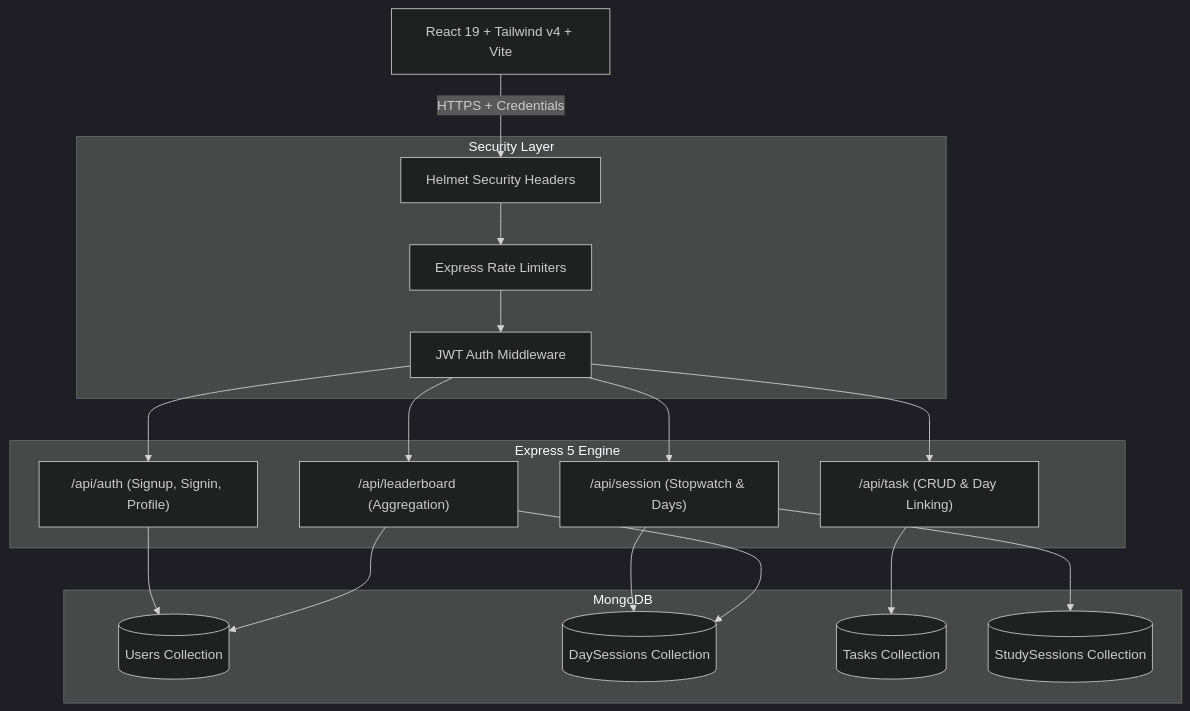
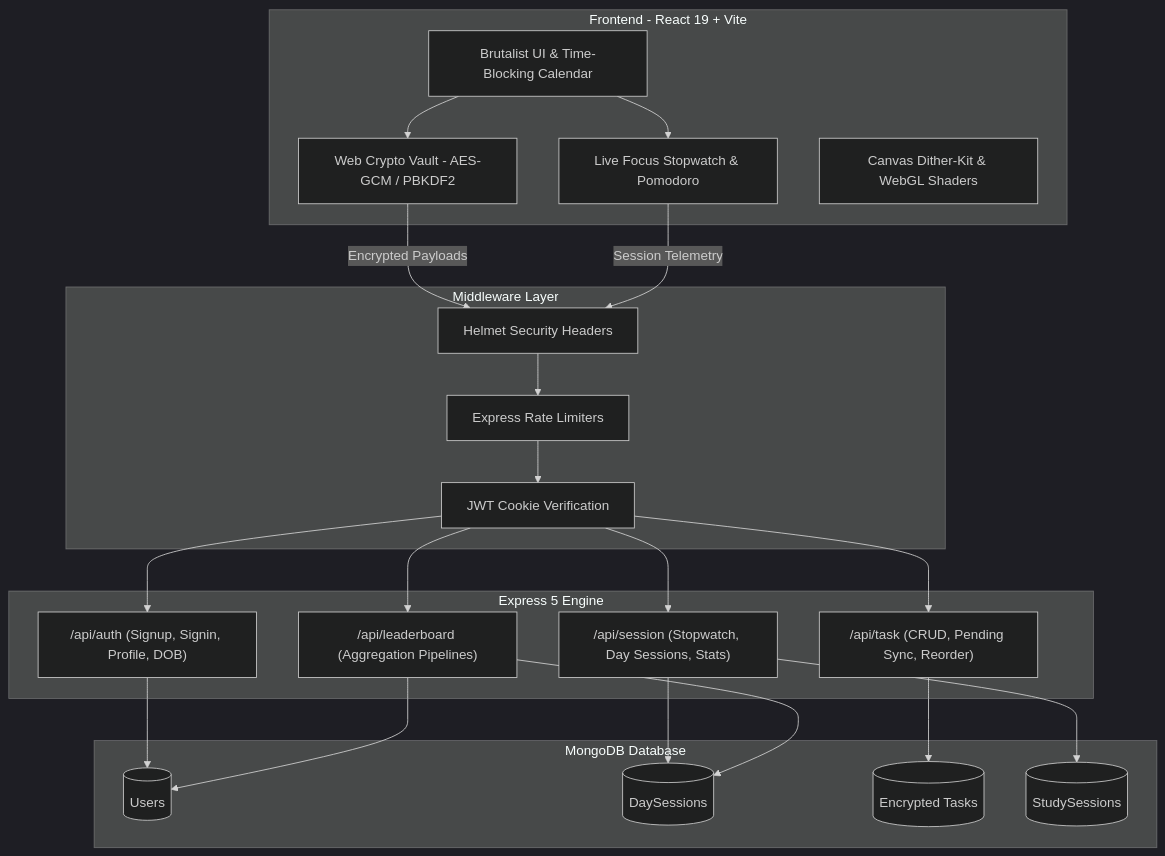
Before and after one commit to mailmeatdarshan/Parkin-son: the diagram in README.md, drawn with Mermaid (dark theme). The commit also changed other lines of this file, not shown here.

````diff
--- a/README.md
+++ b/README.md
@@ -53,39 +105,49 @@
 ```mermaid
 graph TD
-    Client[React 19 + Tailwind v4 + Vite]
-    
-    subgraph Security Layer
+    subgraph Client [Frontend - React 19 + Vite]
+        UI[Brutalist UI & Time-Blocking Calendar]
+        Vault[Web Crypto Vault - AES-GCM / PBKDF2]
+        Timer[Live Focus Stopwatch & Pomodoro]
+        Dither[Canvas Dither-Kit & WebGL Shaders]
+    end
+
+    subgraph Security [Middleware Layer]
         Helmet[Helmet Security Headers]
         RateLimit[Express Rate Limiters]
-        AuthMW[JWT Auth Middleware]
+        AuthMW[JWT Cookie Verification]
     end
 
-    subgraph Backend API [Express 5 Engine]
-        AuthRoutes["/api/auth (Signup, Signin, Profile)"]
-        TaskRoutes["/api/task (CRUD & Day Linking)"]
-        SessionRoutes["/api/session (Stopwatch & Days)"]
-        LeaderboardRoutes["/api/leaderboard (Aggregation)"]
+    subgraph API [Express 5 Engine]
+        AuthRoutes["/api/auth (Signup, Signin, Profile, DOB)"]
+        TaskRoutes["/api/task (CRUD, Pending Sync, Reorder)"]
+        SessionRoutes["/api/session (Stopwatch, Day Sessions, Stats)"]
+        LeaderboardRoutes["/api/leaderboard (Aggregation Pipelines)"]
     end
 
-    subgraph Database [MongoDB]
-        Users[(Users Collection)]
-        Days[(DaySessions Collection)]
-        Tasks[(Tasks Collection)]
-        Study[(StudySessions Collection)]
+    subgraph Storage [MongoDB Database]
+        Users[(Users)]
+        DaySessions[(DaySessions)]
+        Tasks[(Encrypted Tasks)]
+        StudySessions[(StudySessions)]
     end
 
-    Client -->|HTTPS + Credentials| Helmet
+    UI --> Vault
+    UI --> Timer
+    Vault -->|Encrypted Payloads| Helmet
+    Timer -->|Session Telemetry| Helmet
+
     Helmet --> RateLimit
     RateLimit --> AuthMW
+
     AuthMW --> AuthRoutes
     AuthMW --> TaskRoutes
     AuthMW --> SessionRoutes
     AuthMW --> LeaderboardRoutes
 
     AuthRoutes --> Users
     TaskRoutes --> Tasks
-    SessionRoutes --> Days
-    SessionRoutes --> Study
-    LeaderboardRoutes --> Days
+    SessionRoutes --> DaySessions
+    SessionRoutes --> StudySessions
     LeaderboardRoutes --> Users
+    LeaderboardRoutes --> DaySessions
 ```
````
